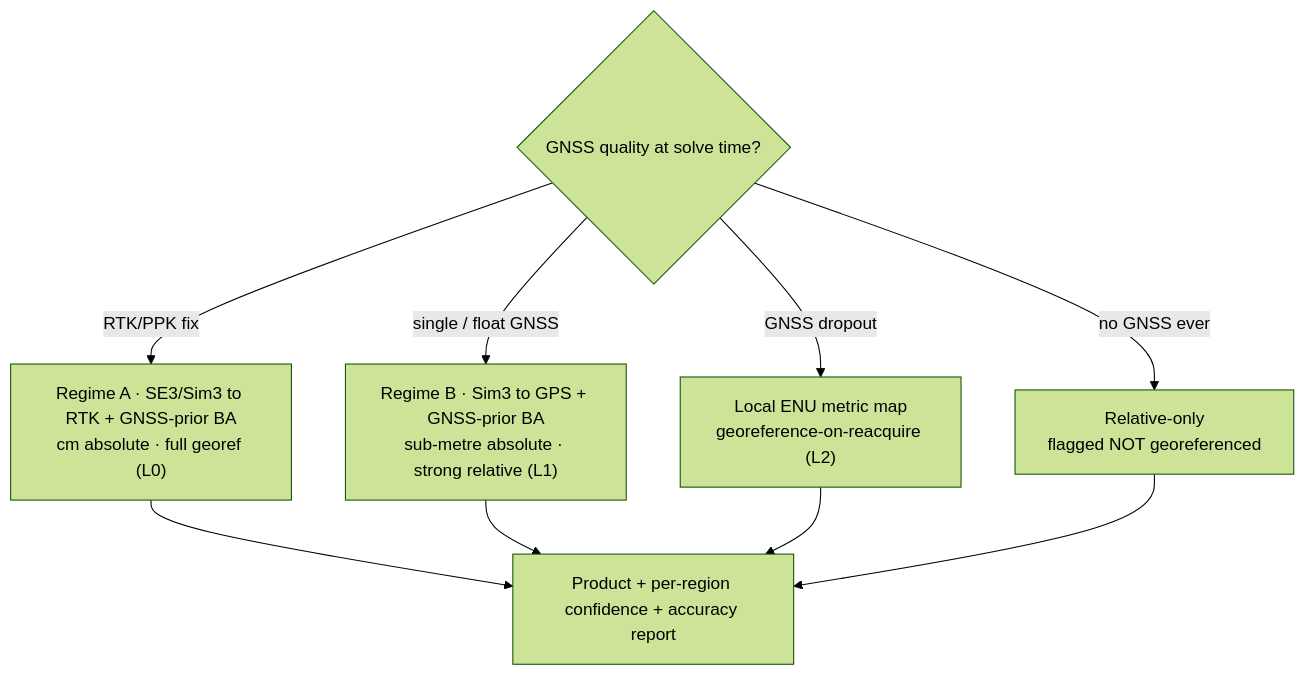
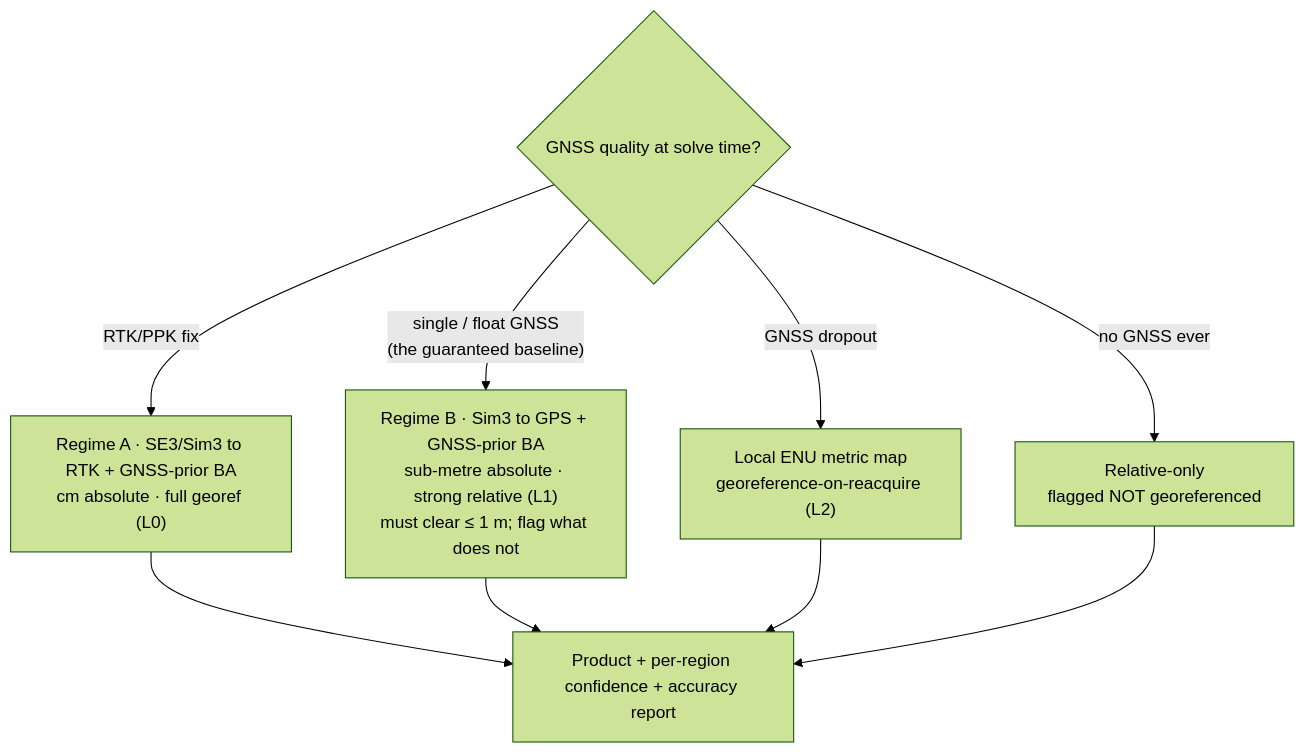
The second of 2 diagrams in docs/roles/5-geospatial-accuracy-research.md (suryanarayan100406/rtos), drawn with Mermaid (forest theme) before and after one commit. The commit also changed other lines of this file and 17 other files, not shown here.

````diff
--- a/docs/roles/5-geospatial-accuracy-research.md
+++ b/docs/roles/5-geospatial-accuracy-research.md
@@ -345,11 +404,11 @@
 ```mermaid
 flowchart TD
   Q{"GNSS quality at solve time?"} -->|"RTK/PPK fix"| A["Regime A · SE3/Sim3 to RTK + GNSS-prior BA<br/>cm absolute · full georef (L0)"]
-  Q -->|"single / float GNSS"| B["Regime B · Sim3 to GPS + GNSS-prior BA<br/>sub-metre absolute · strong relative (L1)"]
+  Q -->|"single / float GNSS<br/>(the guaranteed baseline)"| B["Regime B · Sim3 to GPS + GNSS-prior BA<br/>sub-metre absolute · strong relative (L1)<br/>must clear ≤ 1 m; flag what does not"]
   Q -->|"GNSS dropout"| C["Local ENU metric map<br/>georeference-on-reacquire (L2)"]
   Q -->|"no GNSS ever"| D["Relative-only<br/>flagged NOT georeferenced"]
   A --> R["Product + per-region confidence + accuracy report"]
   B --> R
   C --> R
   D --> R
 ```
````
